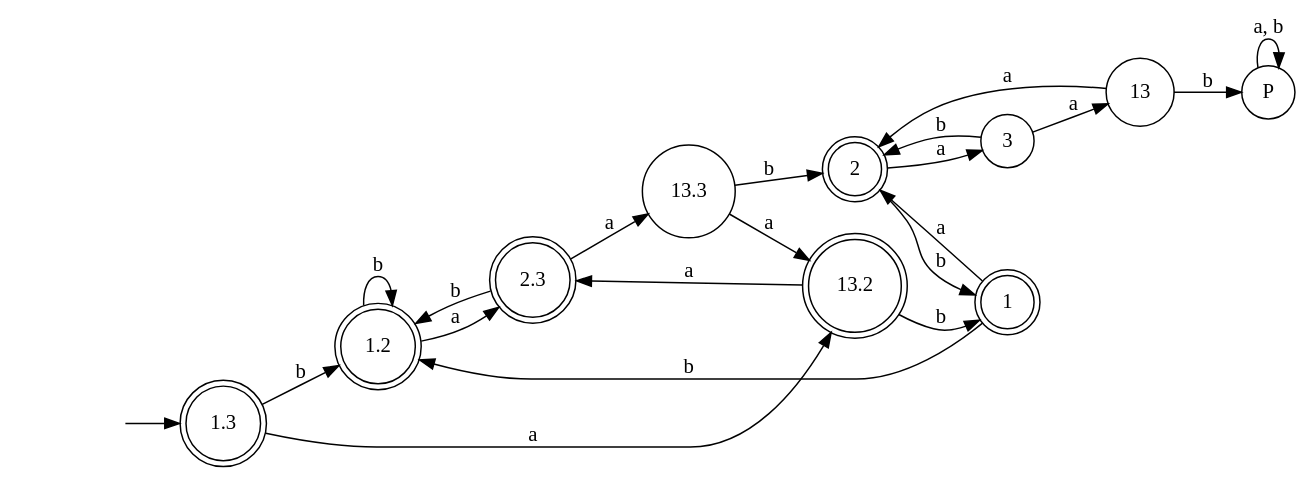
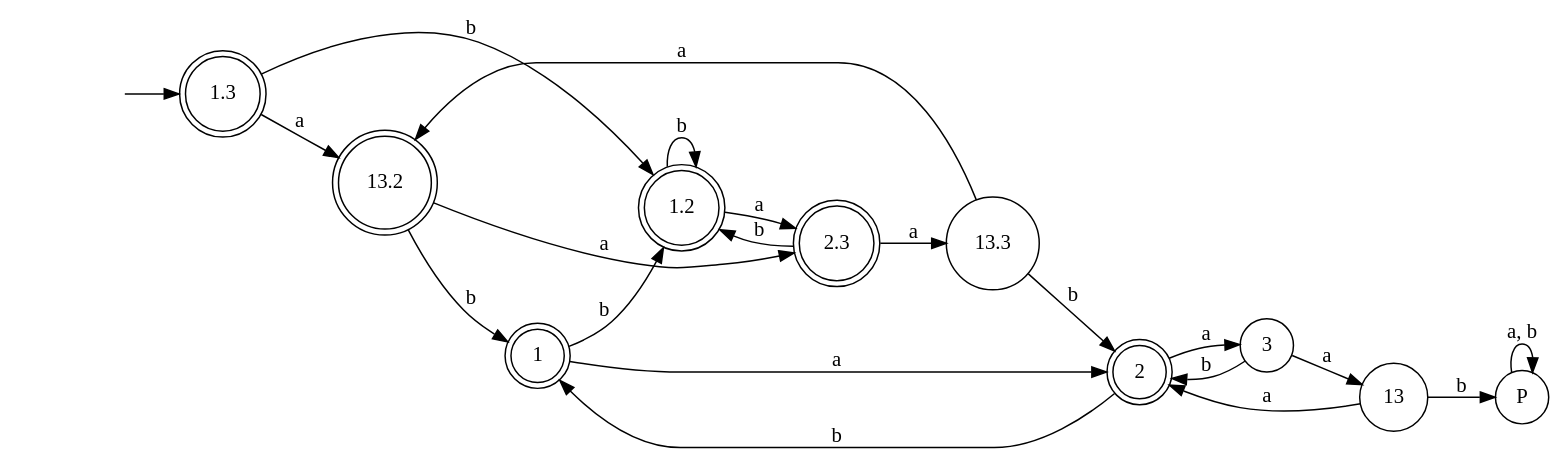
Before and after one commit to avivi55/FiniteAutomaton: the diagram in dot/automata.dot, drawn with Graphviz. The commit also changed other lines of this file and 54 other files, not shown here.

```diff
--- a/dot/automata.dot
+++ b/dot/automata.dot
@@ -1,34 +1,34 @@
 digraph finite_state_machine { rankdir=LR
 	node [shape=doublecircle]
 	1.3
+	13.2
+	1
+	2
+	2.3
 	1.2
 	1.2
-	2.3
-	2
-	1
-	13.2
 
 	node [shape=circle]
 	fake0 [style=invisible]
 	fake0 -> 1.3
 
 	1.3 -> 13.2 [label="a"] 
 	1.3 -> 1.2 [label="b"] 
-	1.2 -> 2.3 [label="a"] 
-	1.2 -> 1.2 [label="b"] 
-	2.3 -> 13.3 [label="a"] 
-	2.3 -> 1.2 [label="b"] 
-	13.3 -> 13.2 [label="a"] 
-	13.3 -> 2 [label="b"] 
+	13.2 -> 2.3 [label="a"] 
+	13.2 -> 1 [label="b"] 
+	1 -> 2 [label="a"] 
+	1 -> 1.2 [label="b"] 
 	2 -> 1 [label="b"] 
 	2 -> 3 [label="a"] 
 	3 -> 2 [label="b"] 
 	3 -> 13 [label="a"] 
 	13 -> 2 [label="a"] 
 	13 -> P [label="b"] 
-	1 -> 2 [label="a"] 
-	1 -> 1.2 [label="b"] 
-	13.2 -> 2.3 [label="a"] 
-	13.2 -> 1 [label="b"] 
+	2.3 -> 13.3 [label="a"] 
+	2.3 -> 1.2 [label="b"] 
+	13.3 -> 13.2 [label="a"] 
+	13.3 -> 2 [label="b"] 
+	1.2 -> 2.3 [label="a"] 
+	1.2 -> 1.2 [label="b"] 
 	P -> P [label="a, b"] 
 }
```
